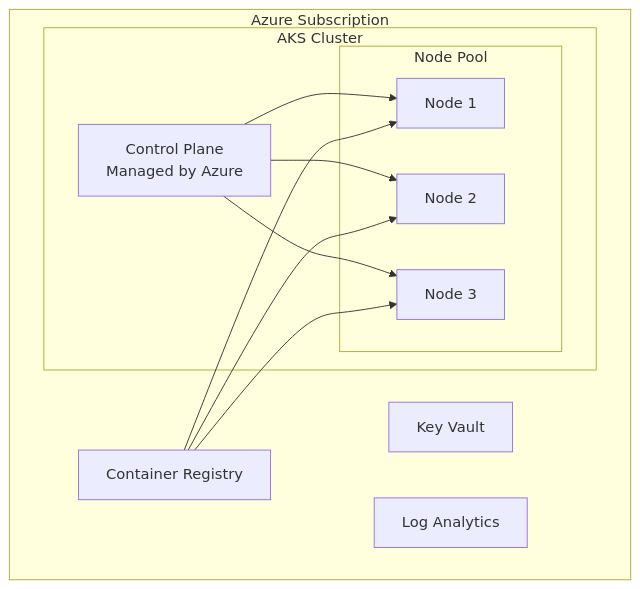
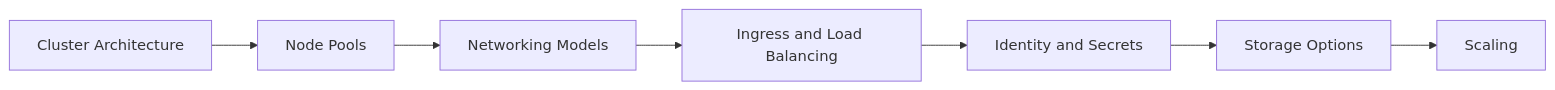
Before and after one commit to yeongseon/azure-kubernetes-service-practical-guide: the diagram in docs/platform/index.md, drawn with Mermaid. The commit also changed other lines of this file and 116 other files, not shown here.

````diff
--- a/docs/platform/index.md
+++ b/docs/platform/index.md
@@ -5,22 +7,9 @@
 ```mermaid
-graph TB
-    subgraph "Azure Subscription"
-        subgraph "AKS Cluster"
-            CP[Control Plane<br/>Managed by Azure]
-            subgraph "Node Pool"
-                N1[Node 1]
-                N2[Node 2]
-                N3[Node 3]
-            end
-        end
-        ACR[Container Registry]
-        KV[Key Vault]
-        LA[Log Analytics]
-    end
-    CP --> N1
-    CP --> N2
-    CP --> N3
-    ACR --> N1
-    ACR --> N2
-    ACR --> N3
+graph LR
+    A[Cluster Architecture] --> B[Node Pools]
+    B --> C[Networking Models]
+    C --> D[Ingress and Load Balancing]
+    D --> E[Identity and Secrets]
+    E --> F[Storage Options]
+    F --> G[Scaling]
 ```
````
